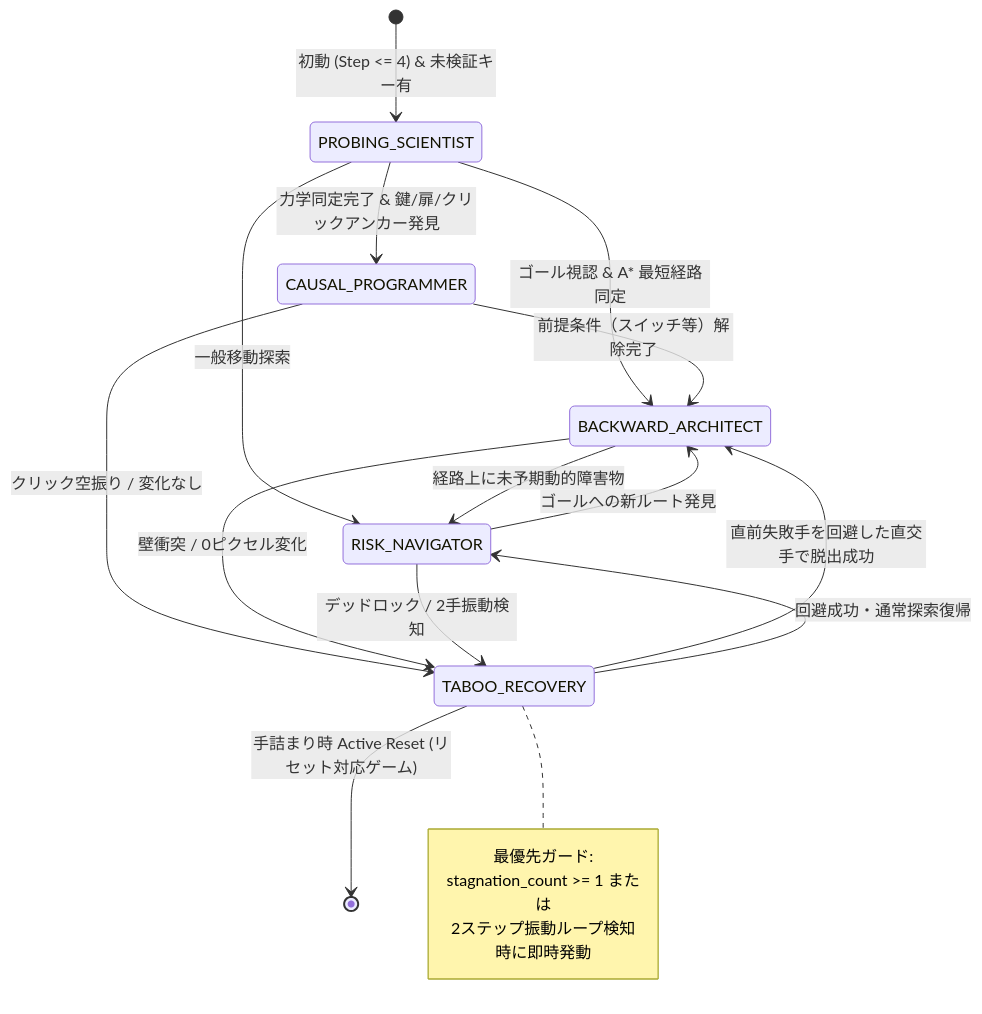
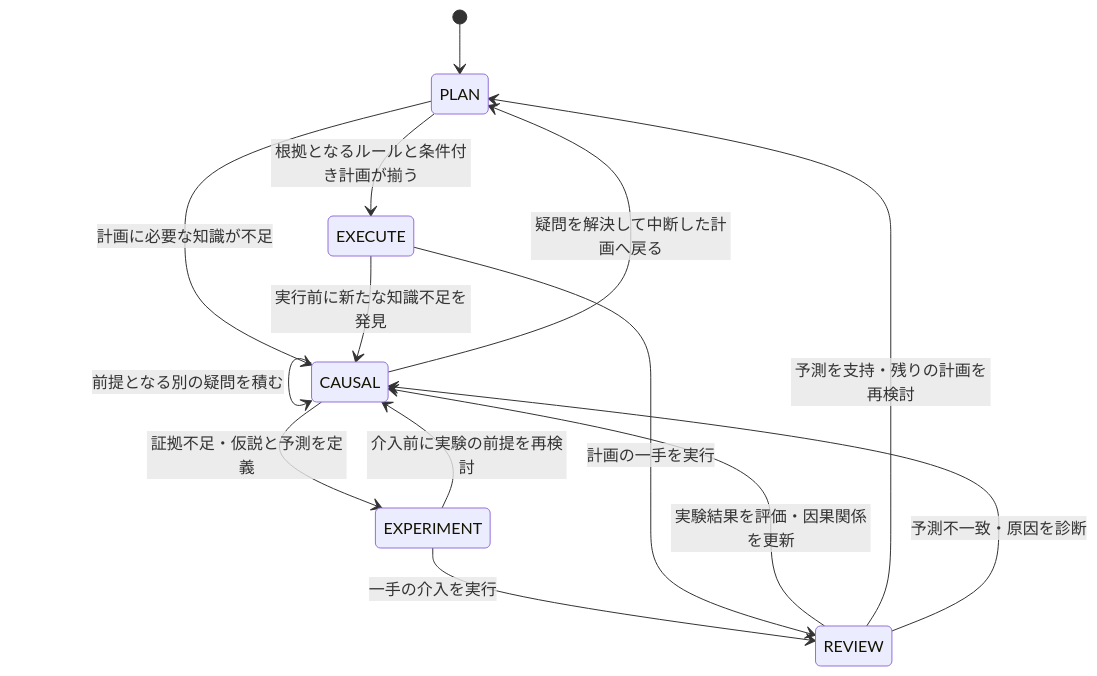
One commit to magic-sword/acr-agi3-edd-agent changed the diagram in docs/CURRENT_WORKFLOW.md. Above: the diagram before and after it, drawn with Mermaid. The commit also changed other lines of this file and 16 other files, not shown here.

````diff
--- a/docs/CURRENT_WORKFLOW.md
+++ b/docs/CURRENT_WORKFLOW.md
@@ -38,27 +10,16 @@
 ```mermaid
 stateDiagram-v2
-    [*] --> PROBING_SCIENTIST: 初動 (Step <= 4) & 未検証キー有
-
-    PROBING_SCIENTIST --> CAUSAL_PROGRAMMER: 力学同定完了 & 鍵/扉/クリックアンカー発見
-    PROBING_SCIENTIST --> BACKWARD_ARCHITECT: ゴール視認 & A* 最短経路同定
-    PROBING_SCIENTIST --> RISK_NAVIGATOR: 一般移動探索
-
-    CAUSAL_PROGRAMMER --> BACKWARD_ARCHITECT: 前提条件（スイッチ等）解除完了
-    CAUSAL_PROGRAMMER --> TABOO_RECOVERY: クリック空振り / 変化なし
-
-    BACKWARD_ARCHITECT --> RISK_NAVIGATOR: 経路上に未予期動的障害物
-    BACKWARD_ARCHITECT --> TABOO_RECOVERY: 壁衝突 / 0ピクセル変化
-
-    RISK_NAVIGATOR --> BACKWARD_ARCHITECT: ゴールへの新ルート発見
-    RISK_NAVIGATOR --> TABOO_RECOVERY: デッドロック / 2手振動検知
-
-    TABOO_RECOVERY --> BACKWARD_ARCHITECT: 直前失敗手を回避した直交手で脱出成功
-    TABOO_RECOVERY --> RISK_NAVIGATOR: 回避成功・通常探索復帰
-    TABOO_RECOVERY --> [*]: 手詰まり時 Active Reset (リセット対応ゲーム)
-
-    note right of TABOO_RECOVERY
-        最優先ガード:
-        stagnation_count >= 1 または
-        2ステップ振動ループ検知時に即時発動
-    end note
+    [*] --> PLAN
+    PLAN --> CAUSAL: 計画に必要な知識が不足
+    CAUSAL --> CAUSAL: 前提となる別の疑問を積む
+    CAUSAL --> EXPERIMENT: 証拠不足・仮説と予測を定義
+    EXPERIMENT --> REVIEW: 一手の介入を実行
+    REVIEW --> CAUSAL: 実験結果を評価・因果関係を更新
+    CAUSAL --> PLAN: 疑問を解決して中断した計画へ戻る
+    PLAN --> EXECUTE: 根拠となるルールと条件付き計画が揃う
+    EXECUTE --> REVIEW: 計画の一手を実行
+    REVIEW --> PLAN: 予測を支持・残りの計画を再検討
+    REVIEW --> CAUSAL: 予測不一致・原因を診断
+    EXECUTE --> CAUSAL: 実行前に新たな知識不足を発見
+    EXPERIMENT --> CAUSAL: 介入前に実験の前提を再検討
 ```
````
